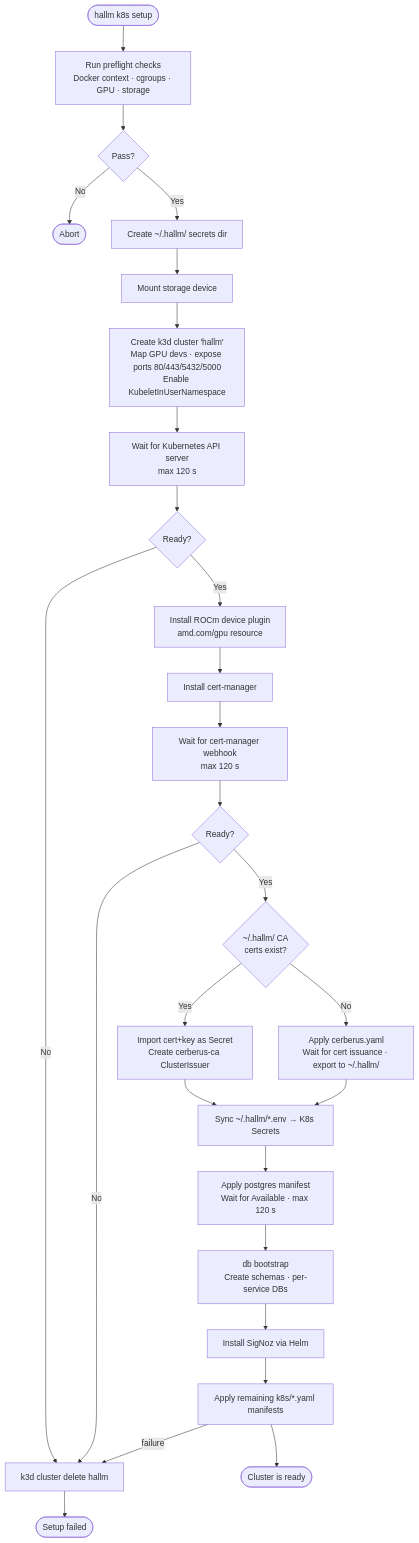
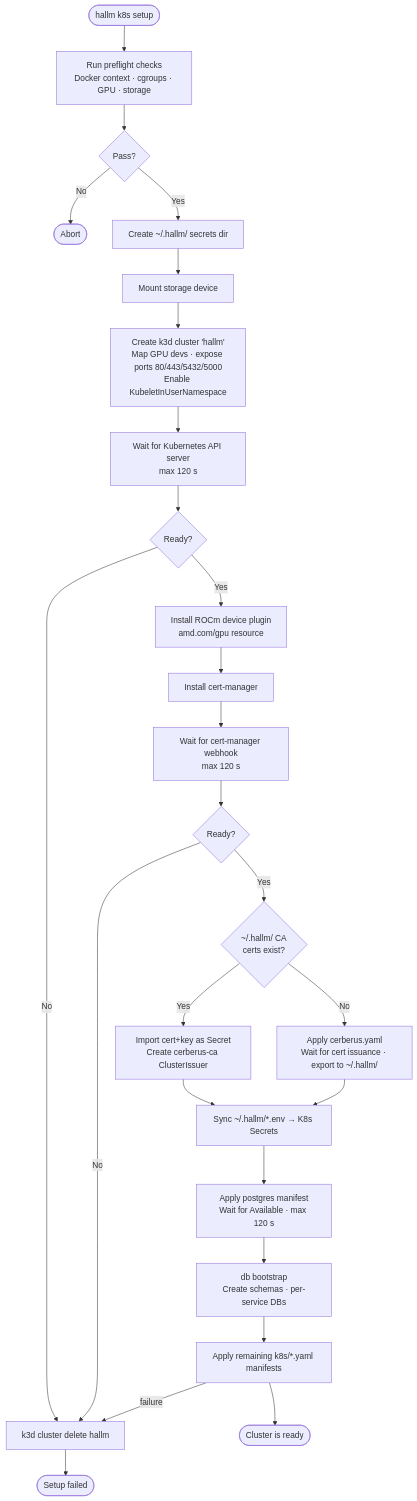
The diagram in README.md (niltonfrederico/hallm), drawn with Mermaid before and after one commit. The commit also changed other lines of this file and 14 other files, not shown here.

````diff
--- a/README.md
+++ b/README.md
@@ -129,29 +129,28 @@
 ```mermaid
 flowchart TD
     START([hallm k8s setup]) --> PREFLIGHT[Run preflight checks\nDocker context · cgroups · GPU · storage]
     PREFLIGHT --> PRE_OK{Pass?}
     PRE_OK -- No --> ABORT([Abort])
     PRE_OK -- Yes --> SECRETS[Create ~/.hallm/ secrets dir]
     SECRETS --> MOUNT[Mount storage device]
     MOUNT --> K3D[Create k3d cluster 'hallm'\nMap GPU devs · expose ports 80/443/5432/5000\nEnable KubeletInUserNamespace]
     K3D --> API[Wait for Kubernetes API server\nmax 120 s]
     API --> API_OK{Ready?}
     API_OK -- No --> NUKE
     API_OK -- Yes --> ROCM[Install ROCm device plugin\namd.com/gpu resource]
     ROCM --> CM[Install cert-manager]
     CM --> WEBHOOK[Wait for cert-manager webhook\nmax 120 s]
     WEBHOOK --> WH_OK{Ready?}
     WH_OK -- No --> NUKE
     WH_OK -- Yes --> CA_EXISTS{~/.hallm/ CA\ncerts exist?}
     CA_EXISTS -- Yes --> CA_IMPORT[Import cert+key as Secret\nCreate cerberus-ca ClusterIssuer]
     CA_EXISTS -- No --> CA_NEW[Apply cerberus.yaml\nWait for cert issuance · export to ~/.hallm/]
     CA_IMPORT --> SYNC[Sync ~/.hallm/*.env → K8s Secrets]
     CA_NEW --> SYNC
     SYNC --> PG[Apply postgres manifest\nWait for Available · max 120 s]
     PG --> DBBOOT[db bootstrap\nCreate schemas · per-service DBs]
-    DBBOOT --> SIGNOZ[Install SigNoz via Helm]
-    SIGNOZ --> MANIFESTS[Apply remaining k8s/*.yaml manifests]
+    DBBOOT --> MANIFESTS[Apply remaining k8s/*.yaml manifests]
     MANIFESTS --> DONE([Cluster is ready])
     MANIFESTS -- failure --> NUKE[k3d cluster delete hallm]
     NUKE --> FAIL([Setup failed])
 ```
````
